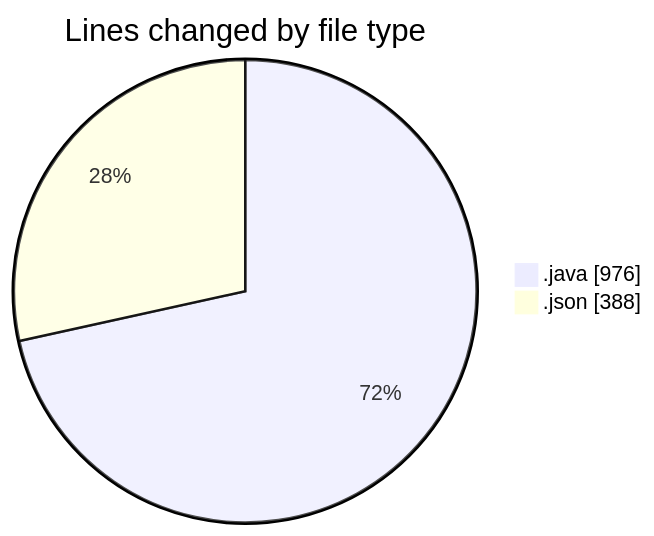
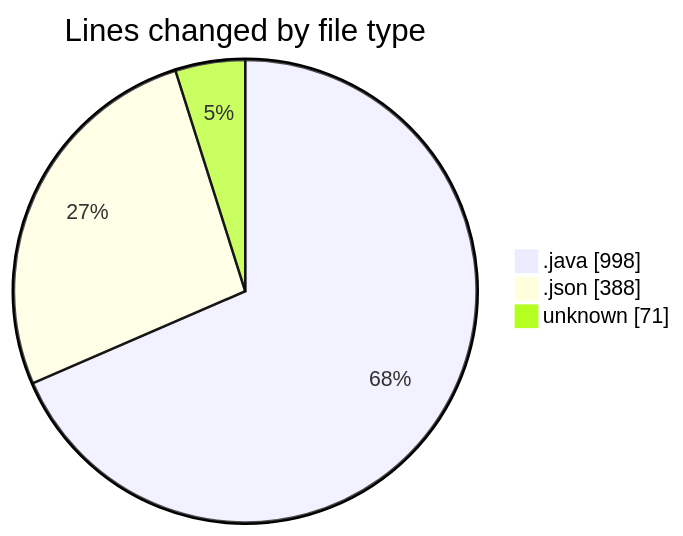
Before and after one commit to charlie-sans/code-tracking: the first of 2 diagrams in 2025-02-25/micros/README.md, drawn with Mermaid. The commit also changed other lines of this file and 1 other file, not shown here.

````diff
--- a/2025-02-25/micros/README.md
+++ b/2025-02-25/micros/README.md
@@ -22,6 +24,7 @@
 ```mermaid
 pie showData
 title Lines changed by file type
-".java" : 976
+".java" : 998
 ".json" : 388
+"unknown" : 71
 ```
````
